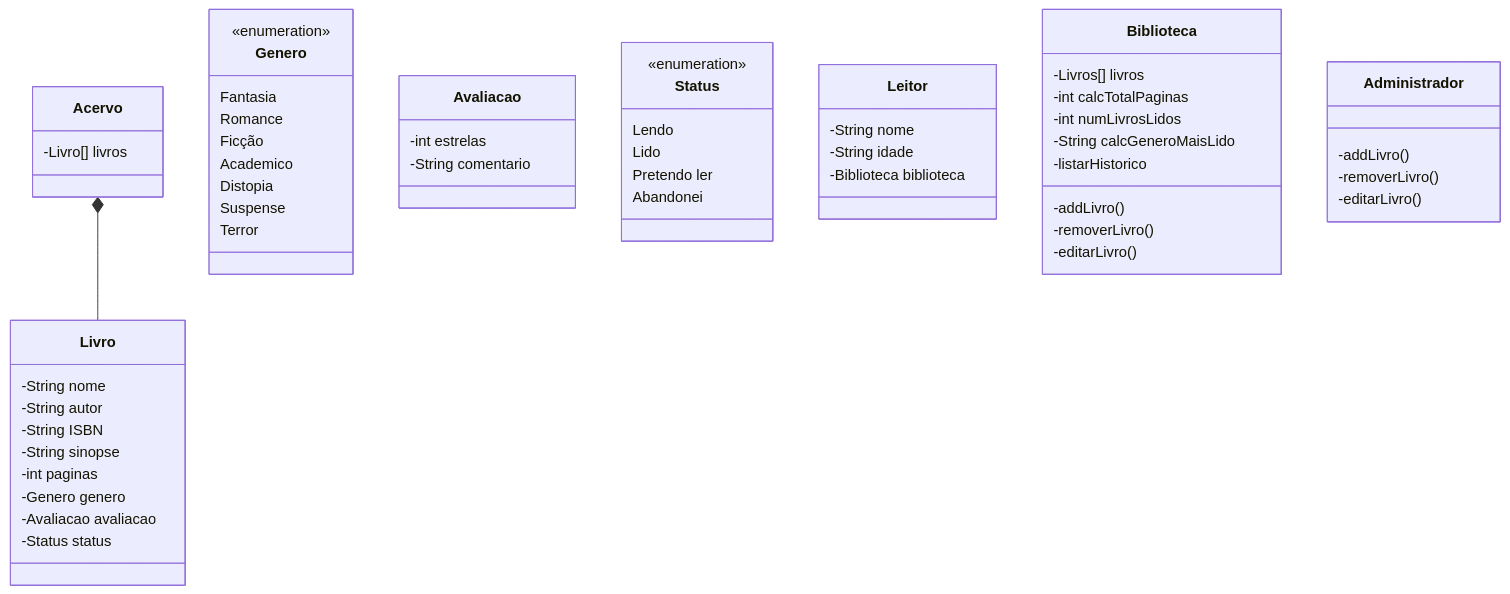
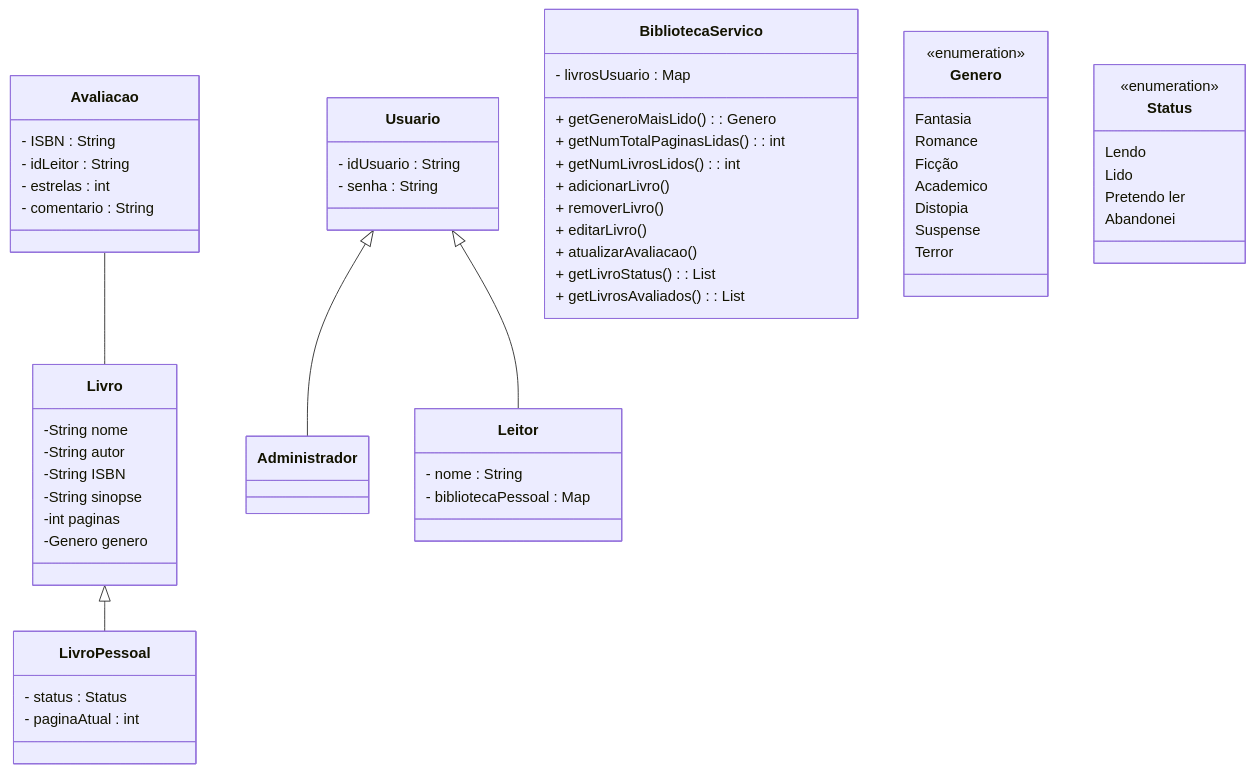
The diagram in README.md (martins-joaopedro/DCC025-TrabalhoFinal), drawn with Mermaid before and after one commit. The commit also changed other lines of this file, not shown here.

Commit message:
refatora dominio no diagrama de classes

````diff
--- a/README.md
+++ b/README.md
@@ -4,69 +4,74 @@
 ``` mermaid
 classDiagram 
 
-Acervo *-- Livro
+Livro <|-- LivroPessoal
+Avaliacao -- Livro
+Usuario <|-- Administrador
+Usuario <|-- Leitor
 
 class Livro {
     -String nome
     -String autor
     -String ISBN
     -String sinopse
     -int paginas
-    -Genero genero 
-    -Avaliacao avaliacao
-    -Status status
+    -Genero genero
+}
+
+class LivroPessoal {
+    - status : Status
+    - paginaAtual : int
+}
+
+class Avaliacao {
+    - ISBN : String
+    - idLeitor : String 
+    - estrelas : int
+    - comentario : String
+}
+
+class Leitor {
+    - nome : String
+    - bibliotecaPessoal : Map<String, Livro> 
+}
+
+class Usuario {
+    - idUsuario : String
+    - senha : String
+}
+
+class BibliotecaServico {
+    - livrosUsuario : Map<String, LivroUsuario> 
+    
+    + getGeneroMaisLido() : Genero
+    + getNumTotalPaginasLidas() : int  
+    + getNumLivrosLidos() : int
+    + adicionarLivro()
+    + removerLivro()
+    + editarLivro()
+    + atualizarAvaliacao()
+    + getLivroStatus() : List<LivroUsuario>
+    + getLivrosAvaliados() : List<LivroUsuario>
 }
 
 class Genero {
     <<enumeration>>
     Fantasia
     Romance
     Ficção
     Academico
     Distopia
     Suspense
     Terror
 }
 
-class Acervo {
-    -Livro[] livros
-}
-
-class Avaliacao {
-    -int estrelas
-    -String comentario
-}
-
 class Status {
     <<enumeration>>
     Lendo
     Lido
     Pretendo ler
     Abandonei
 }
 
-class Leitor {
-    -String nome
-    -String idade
-    -Biblioteca biblioteca
-}
-
-class Biblioteca {
-    -Livros[] livros
-
-    -addLivro()
-    -removerLivro()
-    -editarLivro()
-
-    -int calcTotalPaginas
-    -int numLivrosLidos
-    -String calcGeneroMaisLido
-    -listarHistorico
-}
-
-class Administrador {
-    -addLivro()
-    -removerLivro()
-    -editarLivro()
-}
+class Administrador
 ```
````
